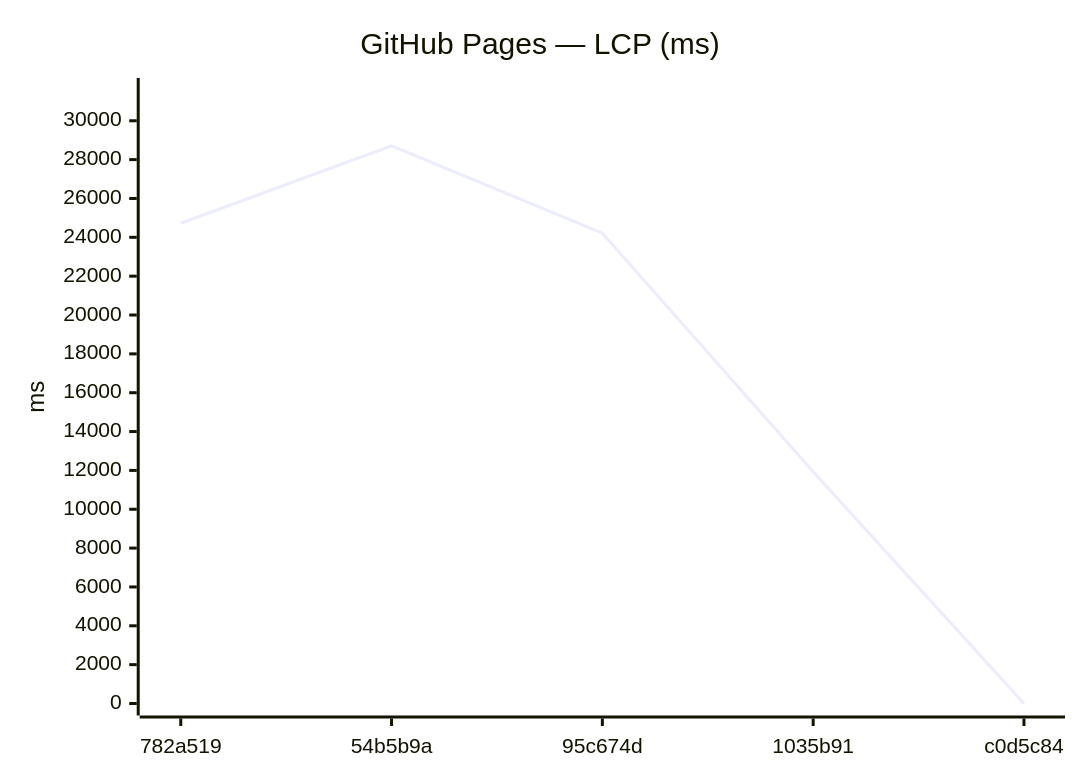
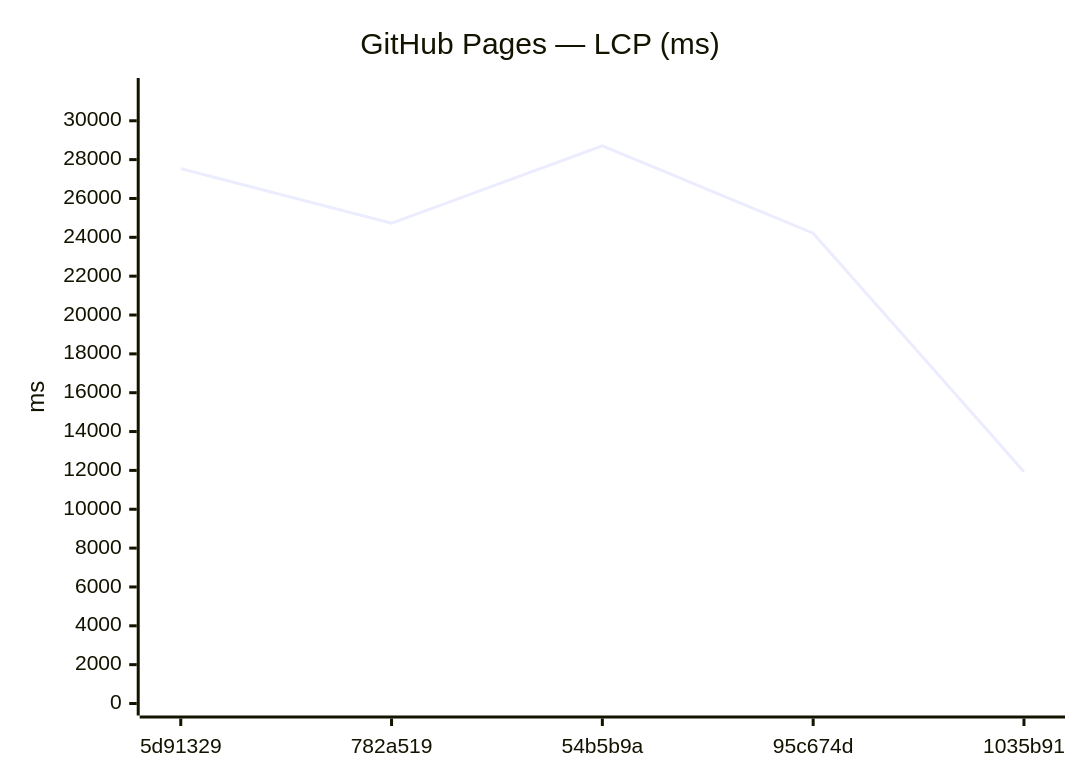
One commit to Metaheurist/Rianell changed the ninth of 18 diagrams in benchmarks/compare.md. Above: the diagram before and after it, drawn with Mermaid. The commit also changed other lines of this file and 11 other files, not shown here.

````diff
--- a/benchmarks/compare.md
+++ b/benchmarks/compare.md
@@ -142,7 +142,7 @@
 ```mermaid
 xychart-beta
     title "GitHub Pages — LCP (ms)"
-    x-axis ["782a519", "54b5b9a", "95c674d", "1035b91", "c0d5c84"]
+    x-axis ["5d91329", "782a519", "54b5b9a", "95c674d", "1035b91"]
     y-axis "ms" 0 --> 31584
-    line [24725, 28712, 24213, 11936, 0]
+    line [27536, 24725, 28712, 24213, 11936]
 ```
````
